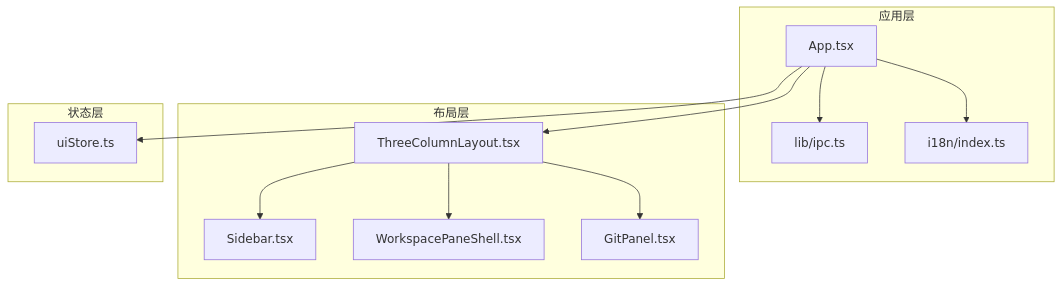
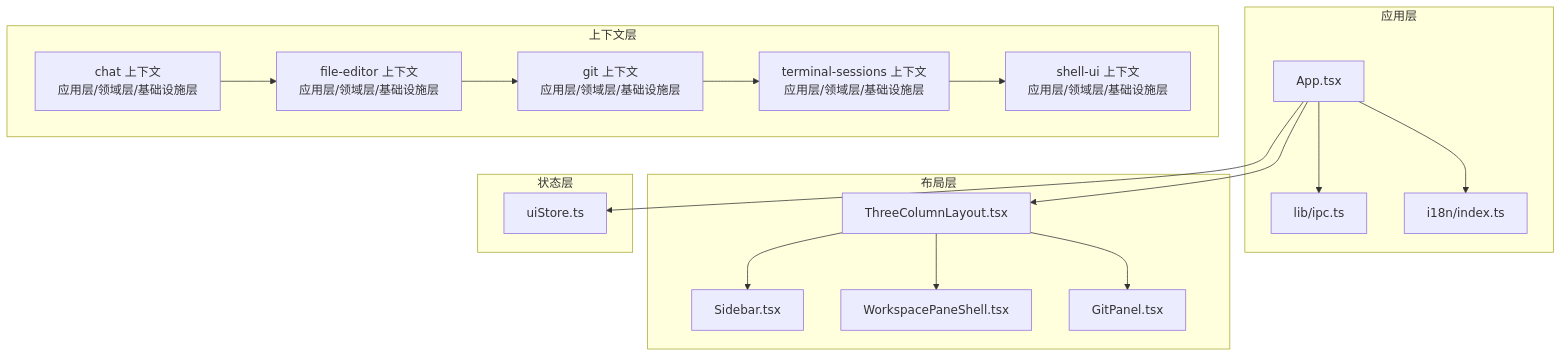
The second of 8 diagrams in .qoder/repowiki/zh/content/架构设计/前端架构/前端架构.md (yattin/panes), drawn with Mermaid before and after one commit. The commit also changed other lines of this file and 45 other files, not shown here.

````diff
--- a/.qoder/repowiki/zh/content/架构设计/前端架构/前端架构.md
+++ b/.qoder/repowiki/zh/content/架构设计/前端架构/前端架构.md
@@ -109,24 +124,35 @@
 ```mermaid
 graph TB
 subgraph "应用层"
 App["App.tsx"]
 IPC["lib/ipc.ts"]
 I18N["i18n/index.ts"]
 end
 subgraph "布局层"
 TCL["ThreeColumnLayout.tsx"]
 Sidebar["Sidebar.tsx"]
 WPS["WorkspacePaneShell.tsx"]
 GitPanel["GitPanel.tsx"]
 end
+subgraph "上下文层"
+ChatCtx["chat 上下文<br/>应用层/领域层/基础设施层"]
+FileEditorCtx["file-editor 上下文<br/>应用层/领域层/基础设施层"]
+GitCtx["git 上下文<br/>应用层/领域层/基础设施层"]
+TerminalCtx["terminal-sessions 上下文<br/>应用层/领域层/基础设施层"]
+ShellUI["shell-ui 上下文<br/>应用层/领域层/基础设施层"]
+end
 subgraph "状态层"
 UIStore["uiStore.ts"]
 end
 App --> TCL
 TCL --> Sidebar
 TCL --> WPS
 TCL --> GitPanel
 App --> UIStore
 App --> IPC
 App --> I18N
+ChatCtx --> FileEditorCtx
+FileEditorCtx --> GitCtx
+GitCtx --> TerminalCtx
+TerminalCtx --> ShellUI
 ```
````
